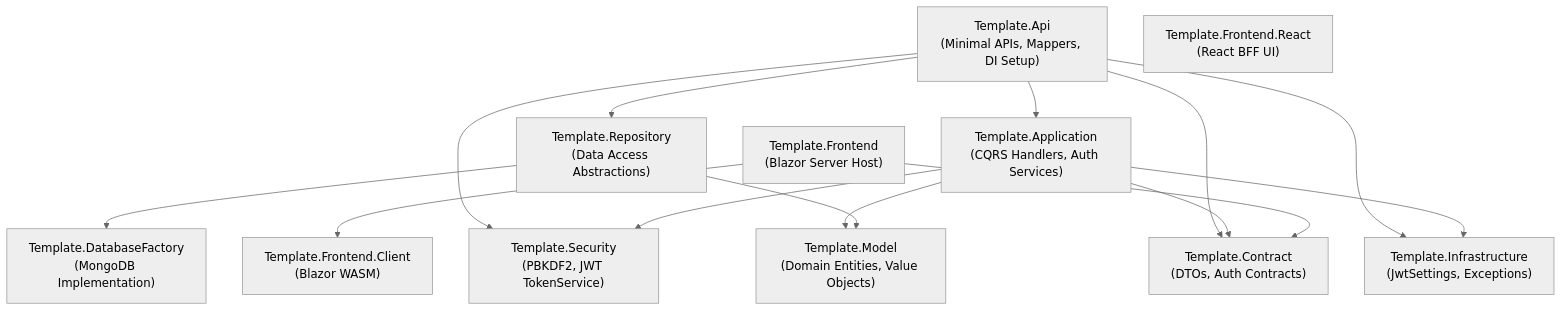
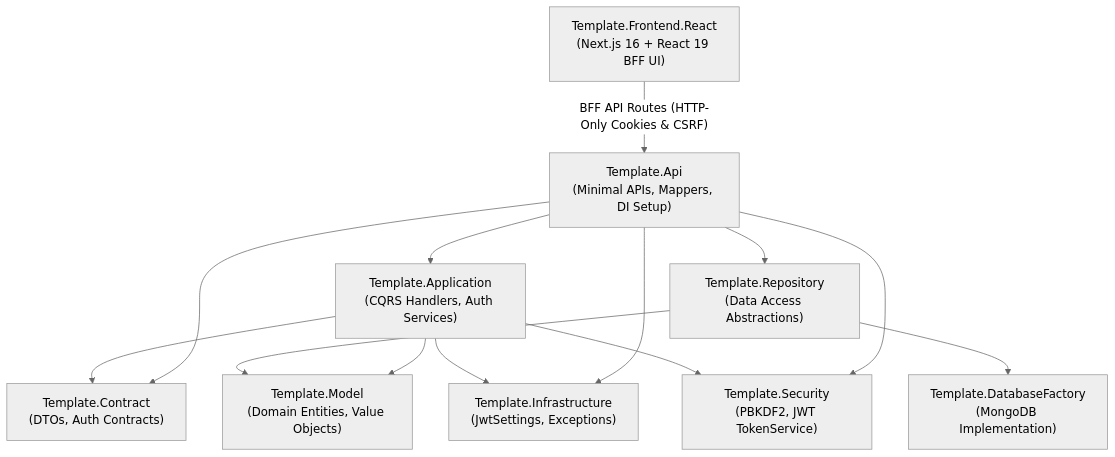
Before and after one commit to alequeshow/template-api-generator: the diagram in .agents/project-structure.md, drawn with Mermaid (neutral theme). The commit also changed other lines of this file and 144 other files, not shown here.

Commit message:
Remove deprecated Blazor UI  projects, replaced by React UI

````diff
--- a/.agents/project-structure.md
+++ b/.agents/project-structure.md
@@ -55,31 +55,27 @@
 ```mermaid
 flowchart TD
     API["Template.Api\n(Minimal APIs, Mappers, DI Setup)"]
     APP["Template.Application\n(CQRS Handlers, Auth Services)"]
     CON["Template.Contract\n(DTOs, Auth Contracts)"]
     MOD["Template.Model\n(Domain Entities, Value Objects)"]
     SEC["Template.Security\n(PBKDF2, JWT TokenService)"]
     REP["Template.Repository\n(Data Access Abstractions)"]
     DBF["Template.DatabaseFactory\n(MongoDB Implementation)"]
     INF["Template.Infrastructure\n(JwtSettings, Exceptions)"]
-    FRO["Template.Frontend\n(Blazor Server Host)"]
-    CLI["Template.Frontend.Client\n(Blazor WASM)"]
-    REA["Template.Frontend.React\n(React BFF UI)"]
+    REA["Template.Frontend.React\n(Next.js 16 + React 19 BFF UI)"]
 
+    REA -- "BFF API Routes (HTTP-Only Cookies & CSRF)" --> API
     API --> APP
     API --> CON
     API --> INF
     API --> SEC
     API --> REP
 
     APP --> MOD
     APP --> CON
     APP --> INF
     APP --> SEC
 
     REP --> MOD
     REP --> DBF
-
-    FRO --> CLI
-    FRO --> CON
 ```
````
